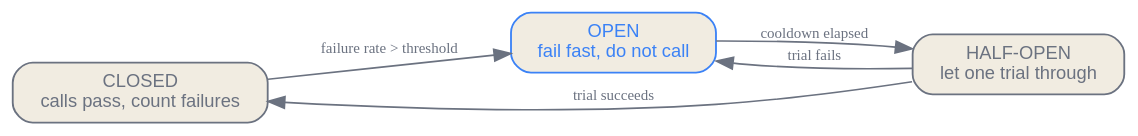
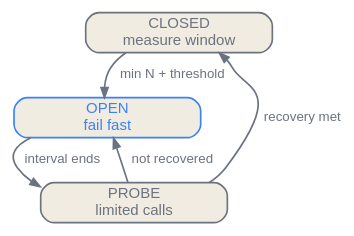
Before and after one commit to latere-ai/ai-as-an-infrastructure: the third of 3 diagrams in en/practice/10-reliability-nondeterministic.qmd, drawn with Graphviz. The commit also changed other lines of this file and 4 other files, not shown here.

````diff
--- a/en/practice/10-reliability-nondeterministic.qmd
+++ b/en/practice/10-reliability-nondeterministic.qmd
@@ -216,19 +353,19 @@
 ```{dot}
 //| label: fig-reliability-breaker
-//| fig-cap: "A circuit breaker as a three-state machine in front of a failing dependency. Closed lets calls through and counts failures; once the failure rate crosses a threshold it trips open and fails fast without calling; after a cooldown it goes half-open and lets one trial through, closing on success or re-opening on failure."
+//| fig-cap: "A circuit breaker limits calls to a failing dependency. Its transition policy includes a window and minimum sample, a bounded open interval, limited probes, and an explicit recovery criterion."
 digraph breaker {
-  rankdir=LR;
   bgcolor="transparent";
-  node [shape=box, style="rounded,filled", fontname="Helvetica", fontsize=11, color="#6b7280", fontcolor="#6b7280", fillcolor="#f1ece1", penwidth=1.1];
-  edge [color="#6b7280", fontcolor="#6b7280", fontsize=9];
-
-  closed [label="CLOSED\ncalls pass, count failures"];
-  open   [label="OPEN\nfail fast, do not call", color="#3b82f6", fontcolor="#3b82f6"];
-  half   [label="HALF-OPEN\nlet one trial through"];
-
-  closed -> open  [label="failure rate > threshold"];
-  open   -> half  [label="cooldown elapsed"];
-  half   -> closed [label="trial succeeds"];
-  half   -> open  [label="trial fails"];
+  size="3.0,8.0";
+  rankdir=TB;
+  nodesep=0.18; ranksep=0.25;
+  node [shape=box, style="rounded,filled", fontname="Helvetica", fontsize=9, color="#6b7280", fontcolor="#6b7280", fillcolor="#f1ece1", width=1.55, height=0.34, margin="0.05,0.03"];
+  edge [fontname="Helvetica", fontsize=8, color="#6b7280", fontcolor="#6b7280", arrowsize=0.6];
+  closed [label="CLOSED\nmeasure window"];
+  open [label="OPEN\nfail fast", color="#3b82f6", fontcolor="#3b82f6"];
+  probe [label="PROBE\nlimited calls"];
+  closed -> open [label="min N + threshold"];
+  open -> probe [label="interval ends"];
+  probe -> closed [label="recovery met"];
+  probe -> open [label="not recovered"];
 }
 ```
````
